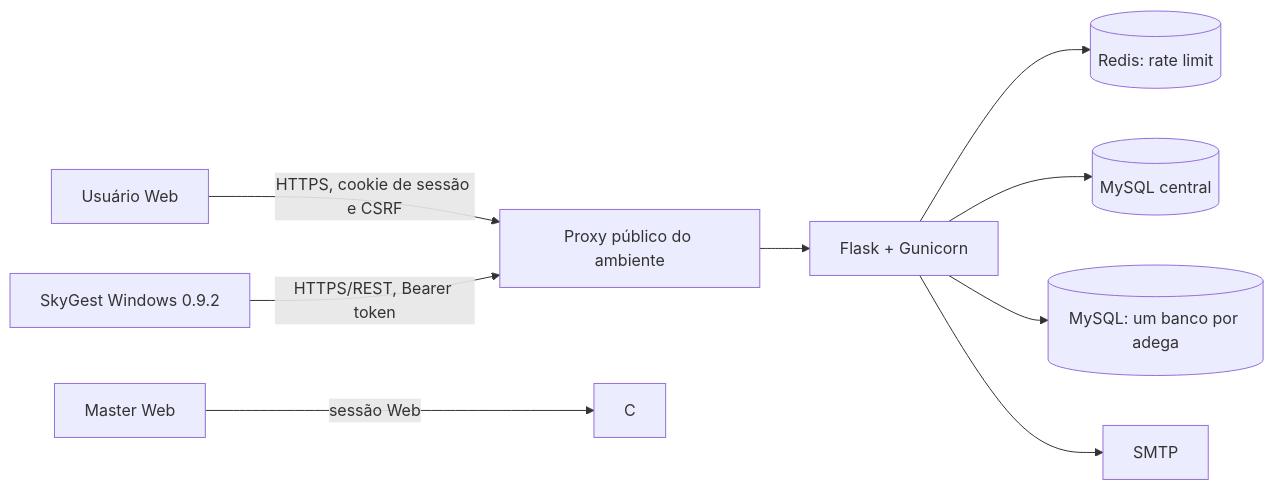
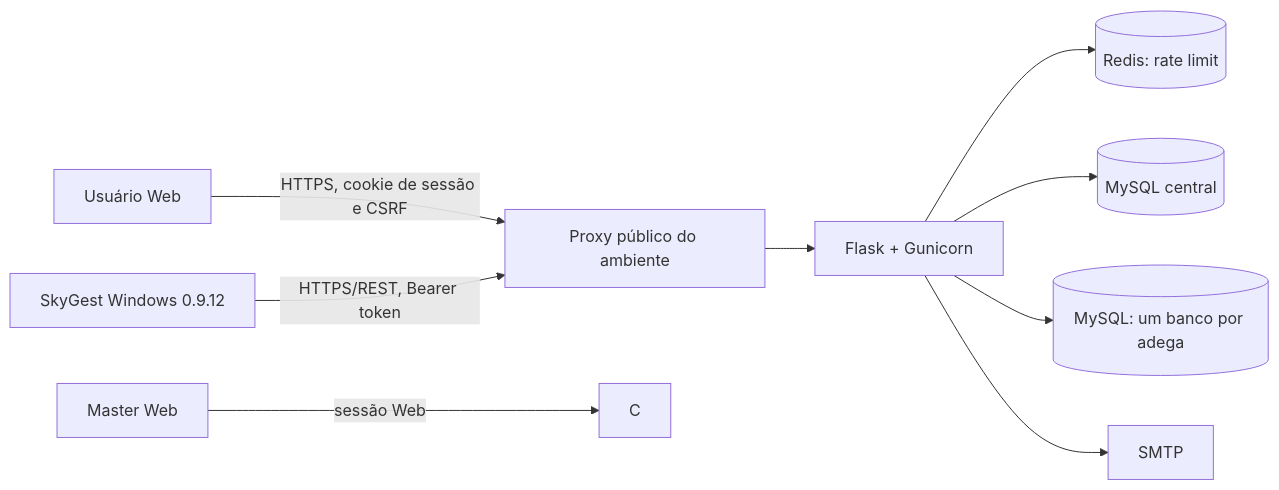
The first of 6 diagrams in DOCUMENTACAO_COMPLETA.md (RafaelBG7/pdv2026), drawn with Mermaid before and after one commit. The commit also changed other lines of this file and 7 other files, not shown here.

````diff
--- a/DOCUMENTACAO_COMPLETA.md
+++ b/DOCUMENTACAO_COMPLETA.md
@@ -70,11 +70,11 @@
 ```mermaid
 flowchart LR
     U[Usuário Web] -->|HTTPS, cookie de sessão e CSRF| E[Proxy público do ambiente]
-    W[SkyGest Windows 0.9.2] -->|HTTPS/REST, Bearer token| E
+    W[SkyGest Windows 0.9.12] -->|HTTPS/REST, Bearer token| E
     E --> F[Flask + Gunicorn]
     F --> R[(Redis: rate limit)]
     F --> B[(MySQL central)]
     F --> T[(MySQL: um banco por adega)]
     F --> S[SMTP]
     M[Master Web] -->|sessão Web| C
 ```
````
